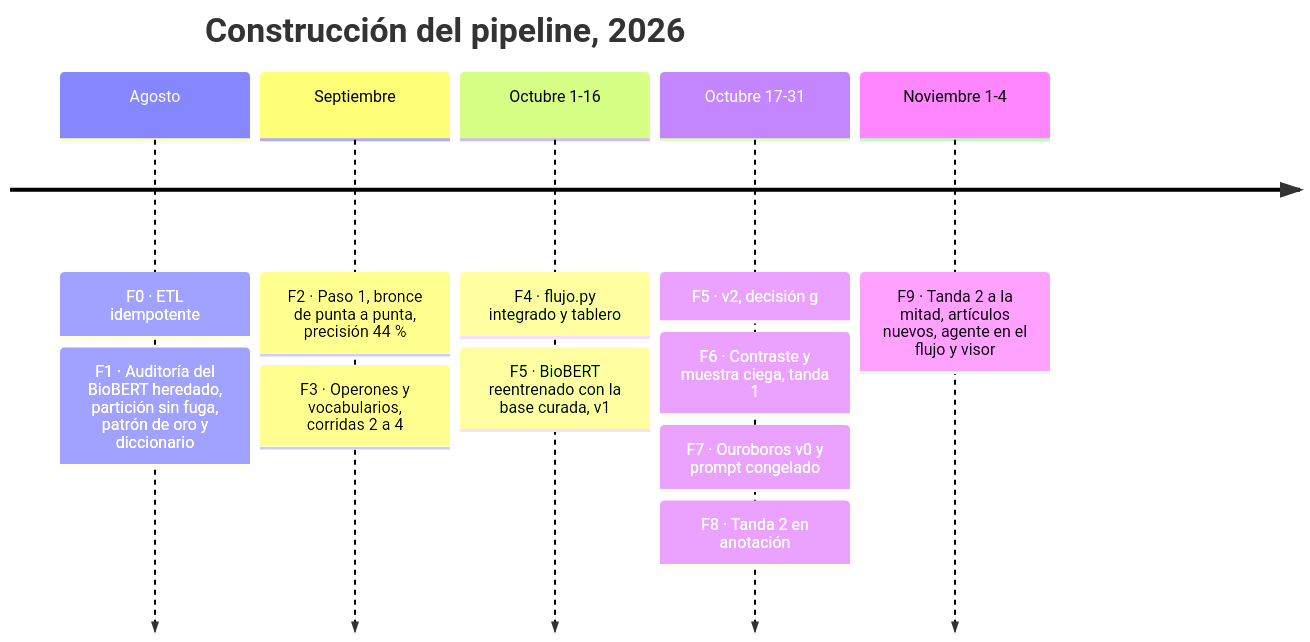
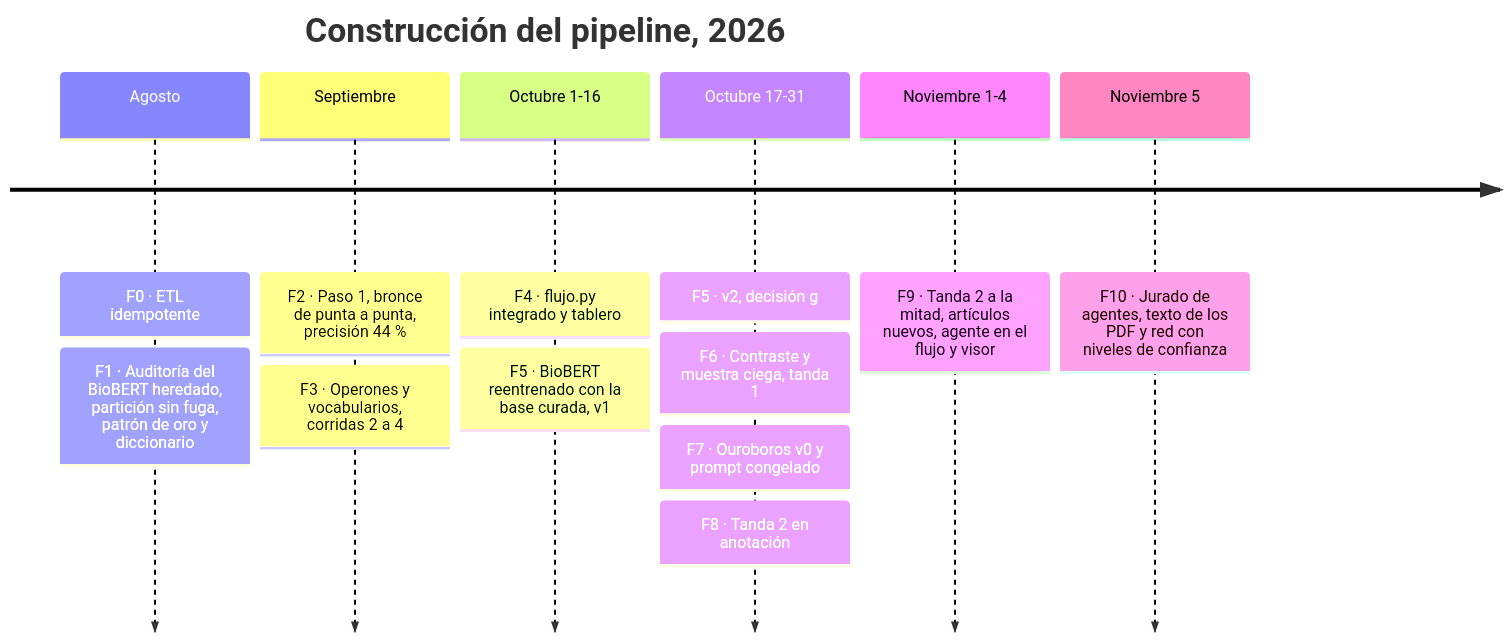
Before and after one commit to MonkeyDMemo/download_abstract_pdf: the third of 6 diagrams in docs/reporte/reporte.md, drawn with Mermaid. The commit also changed other lines of this file and 5 other files, not shown here.

````diff
--- a/docs/reporte/reporte.md
+++ b/docs/reporte/reporte.md
@@ -121,9 +131,10 @@
 ```mermaid
 timeline
   title Construcción del pipeline, 2026
   Agosto : F0 · ETL idempotente : F1 · Auditoría del BioBERT heredado, partición sin fuga, patrón de oro y diccionario
   Septiembre : F2 · Paso 1, bronce de punta a punta, precisión 44 % : F3 · Operones y vocabularios, corridas 2 a 4
   Octubre 1-16 : F4 · flujo.py integrado y tablero : F5 · BioBERT reentrenado con la base curada, v1
   Octubre 17-31 : F5 · v2, decisión g : F6 · Contraste y muestra ciega, tanda 1 : F7 · Ouroboros v0 y prompt congelado : F8 · Tanda 2 en anotación
   Noviembre 1-4 : F9 · Tanda 2 a la mitad, artículos nuevos, agente en el flujo y visor
+  Noviembre 5 : F10 · Jurado de agentes, texto de los PDF y red con niveles de confianza
 ```
````
